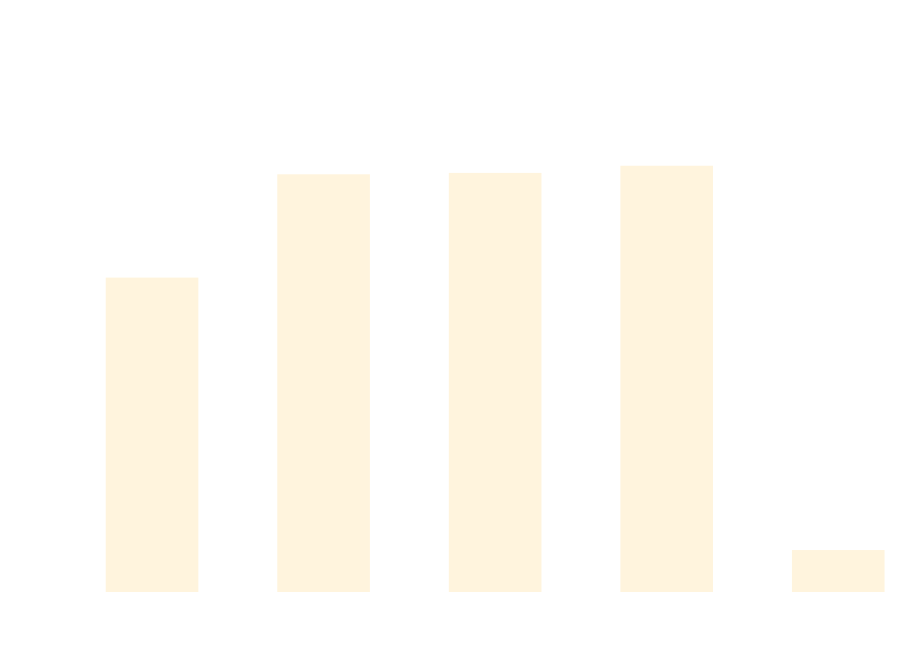
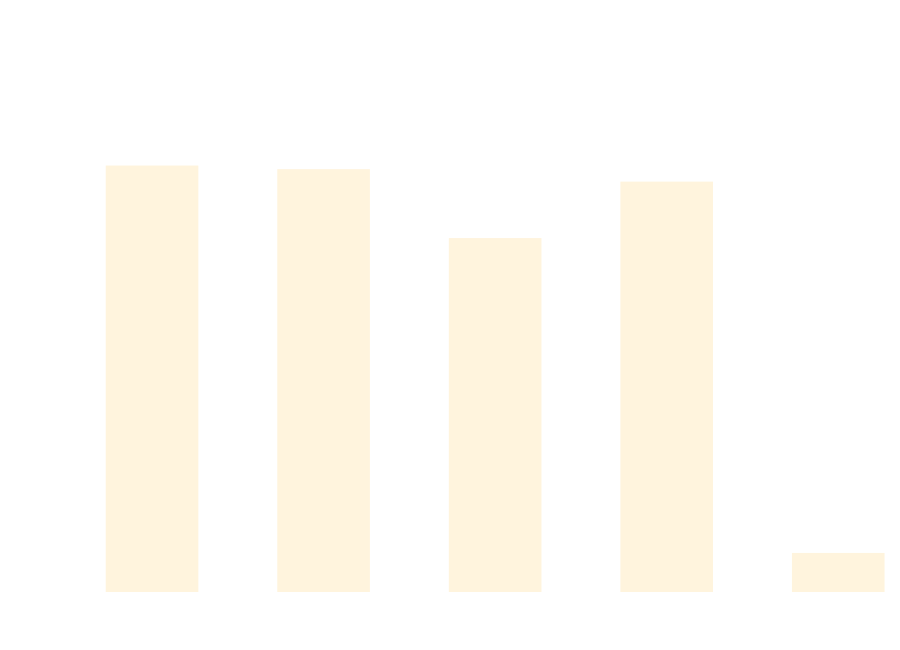
The diagram in docs/docs/benchmarks/ScaleTests.md (thomhurst/TUnit), drawn with Mermaid before and after one commit. The commit also changed other lines of this file and 17 other files, not shown here.

````diff
--- a/docs/docs/benchmarks/ScaleTests.md
+++ b/docs/docs/benchmarks/ScaleTests.md
@@ -27,37 +27,37 @@
 ```mermaid
 %%{init: {
   'theme':'base',
   'themeVariables': {
     'primaryColor': '#2563eb',
     'primaryTextColor': '#ffffff',
     'primaryBorderColor': '#1e40af',
     'lineColor': '#6b7280',
     'secondaryColor': '#7c3aed',
     'tertiaryColor': '#dc2626',
     'background': '#ffffff',
     'mainBkg': '#2563eb',
     'secondBkg': '#7c3aed',
     'tertiaryBkg': '#dc2626',
     'clusterBkg': '#f3f4f6',
     'edgeLabelBackground': '#ffffff',
     'tertiaryTextColor': '#1f2937',
     'pie1': '#2563eb',
     'pie2': '#7c3aed',
     'pie3': '#dc2626',
     'pie4': '#f59e0b',
     'pie5': '#10b981',
     'pie6': '#06b6d4',
     'pie7': '#ec4899',
     'pie8': '#6366f1',
     'pie9': '#84cc16',
     'pie10': '#f97316',
     'pie11': '#14b8a6',
     'pie12': '#a855f7'
   }
 }}%%
 xychart-beta
   title "ScaleTests Performance Comparison"
   x-axis ["TUnit", "NUnit", "MSTest", "xUnit3", "TUnit_AOT"]
-  y-axis "Time (ms)" 0 --> 813
-  bar [494.38, 663.18, 665.46, 677.19, 49.15]
+  y-axis "Time (ms)" 0 --> 720
+  bar [600, 594.75, 495.03, 576.75, 39.35]
 ```
````
